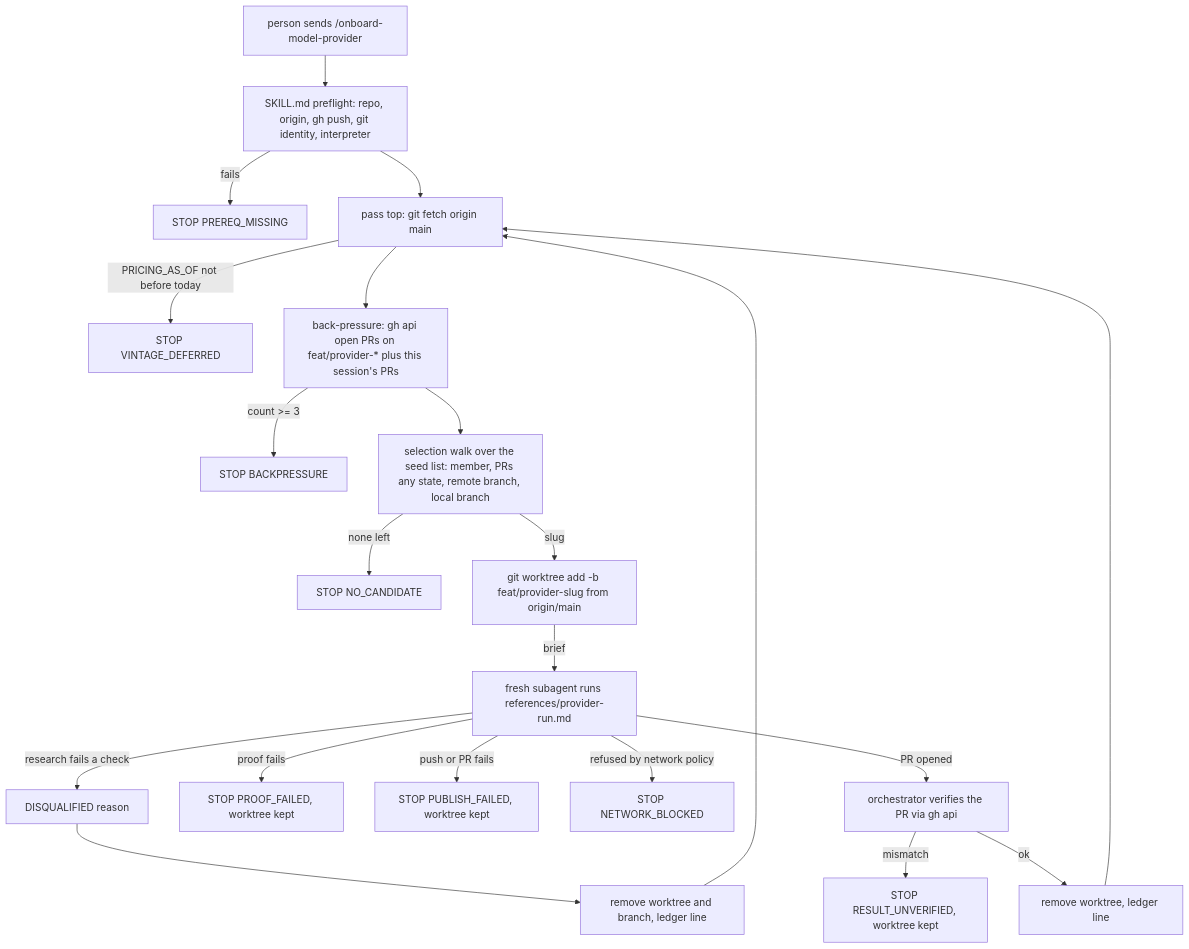
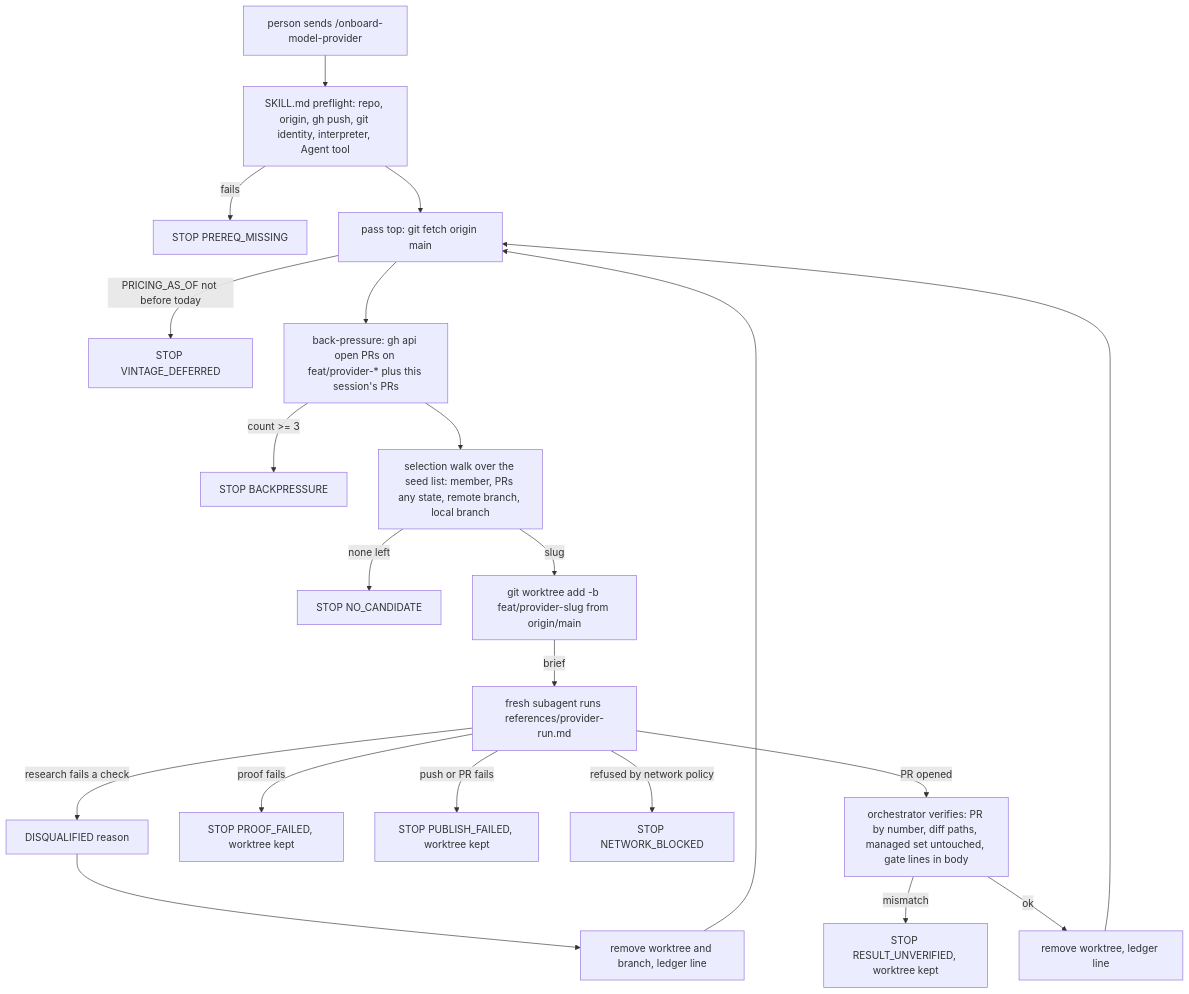
Before and after one commit to cerredz/Vidbyte-SDK: the first of 2 diagrams in docs/spec/provider-onboarding-skill/spec.md, drawn with Mermaid. The commit also changed other lines of this file and 1 other file, not shown here.

First line of the commit message:
docs(spec): revise provider-onboarding-skill spec r2 (review round 1: PR-time evidence, verified results, symmetric known-red, one-slash IDs)

````diff
--- a/docs/spec/provider-onboarding-skill/spec.md
+++ b/docs/spec/provider-onboarding-skill/spec.md
@@ -131,22 +133,22 @@
 ```mermaid
 flowchart TD
-  U[person sends /onboard-model-provider] --> P[SKILL.md preflight: repo, origin, gh push, git identity, interpreter]
+  U[person sends /onboard-model-provider] --> P[SKILL.md preflight: repo, origin, gh push, git identity, interpreter, Agent tool]
   P -->|fails| S1[STOP PREREQ_MISSING]
   P --> F[pass top: git fetch origin main]
   F -->|PRICING_AS_OF not before today| S2[STOP VINTAGE_DEFERRED]
   F --> B[back-pressure: gh api open PRs on feat/provider-* plus this session's PRs]
   B -->|count >= 3| S3[STOP BACKPRESSURE]
   B --> W[selection walk over the seed list: member, PRs any state, remote branch, local branch]
   W -->|none left| S4[STOP NO_CANDIDATE]
   W -->|slug| T[git worktree add -b feat/provider-slug from origin/main]
   T -->|brief| A[fresh subagent runs references/provider-run.md]
   A -->|research fails a check| D[DISQUALIFIED reason]
   A -->|proof fails| S5[STOP PROOF_FAILED, worktree kept]
   A -->|push or PR fails| S6[STOP PUBLISH_FAILED, worktree kept]
   A -->|refused by network policy| S7[STOP NETWORK_BLOCKED]
-  A -->|PR opened| V[orchestrator verifies the PR via gh api]
+  A -->|PR opened| V[orchestrator verifies: PR by number, diff paths, managed set untouched, gate lines in body]
   V -->|mismatch| S8[STOP RESULT_UNVERIFIED, worktree kept]
   V -->|ok| C[remove worktree, ledger line]
   D --> C2[remove worktree and branch, ledger line] --> F
   C --> F
 ```
````
